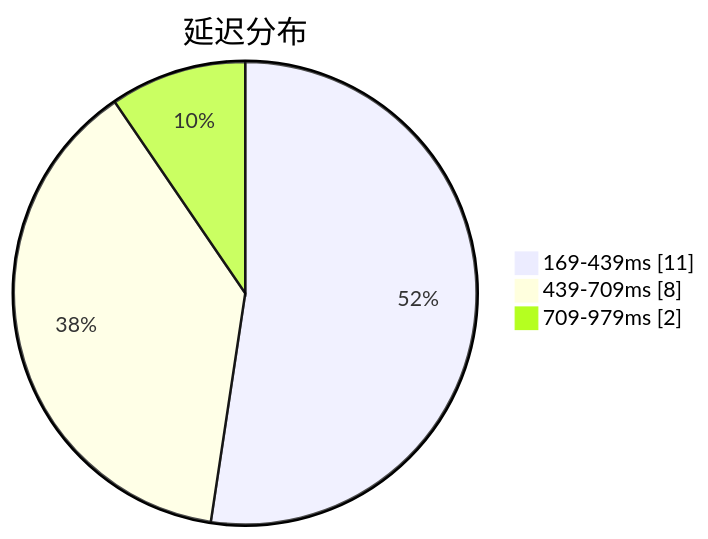
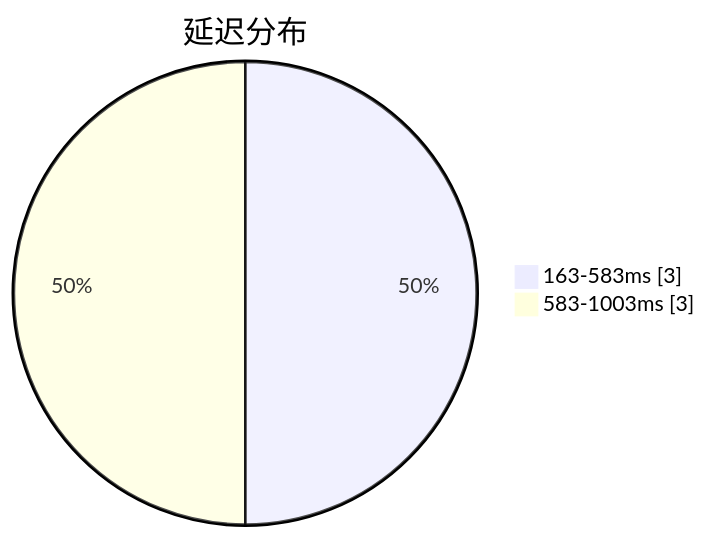
Before and after one commit to sinspired/airport: the first of 3 diagrams in subs/statistics/tested_within.md, drawn with Mermaid. The commit also changed other lines of this file and 2 other files, not shown here.

````diff
--- a/subs/statistics/tested_within.md
+++ b/subs/statistics/tested_within.md
@@ -2,7 +2,6 @@
 ```mermaid
 pie showData
 title 延迟分布
-"169-439ms" : 11
-"439-709ms" : 8
-"709-979ms" : 2
+"163-583ms" : 3
+"583-1003ms" : 3
 ```
````
